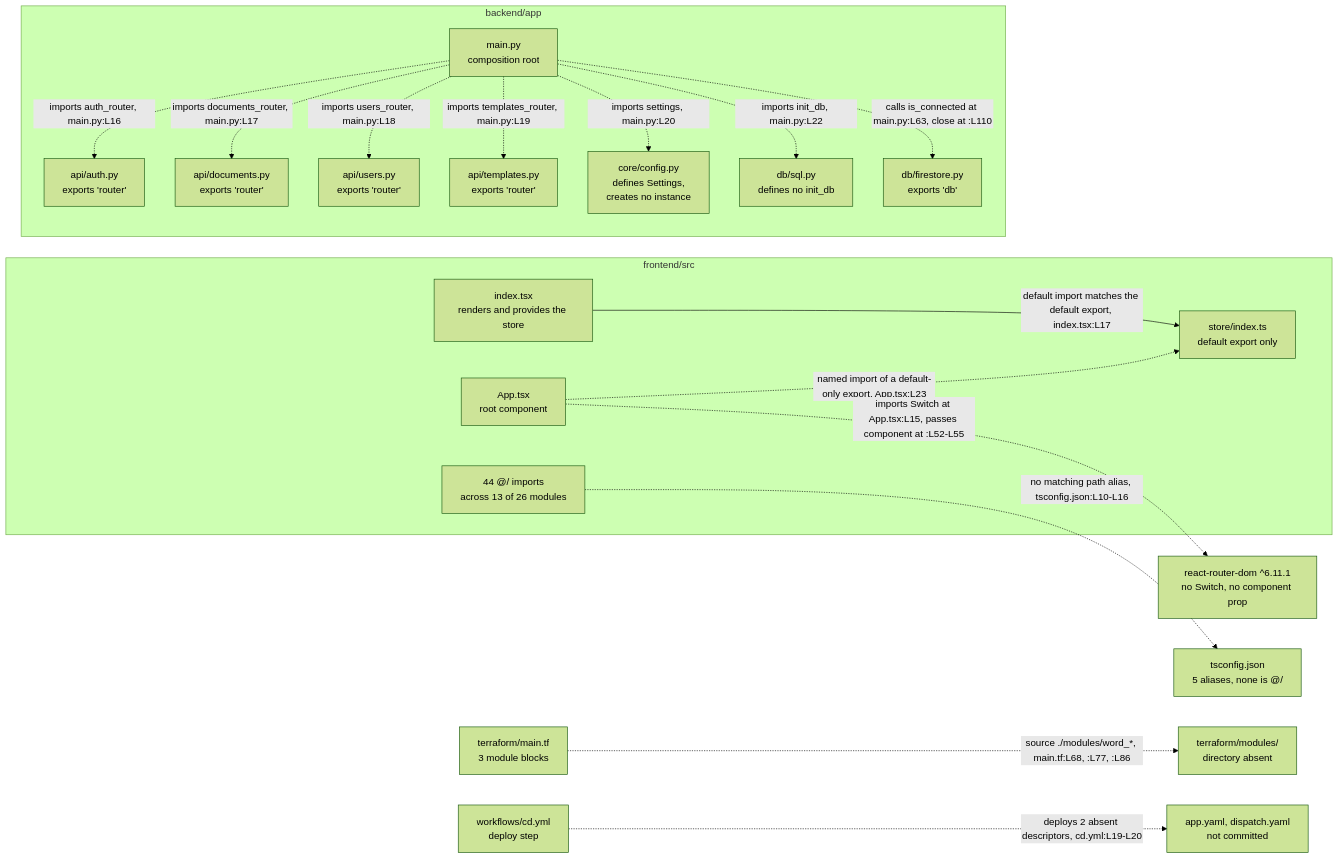
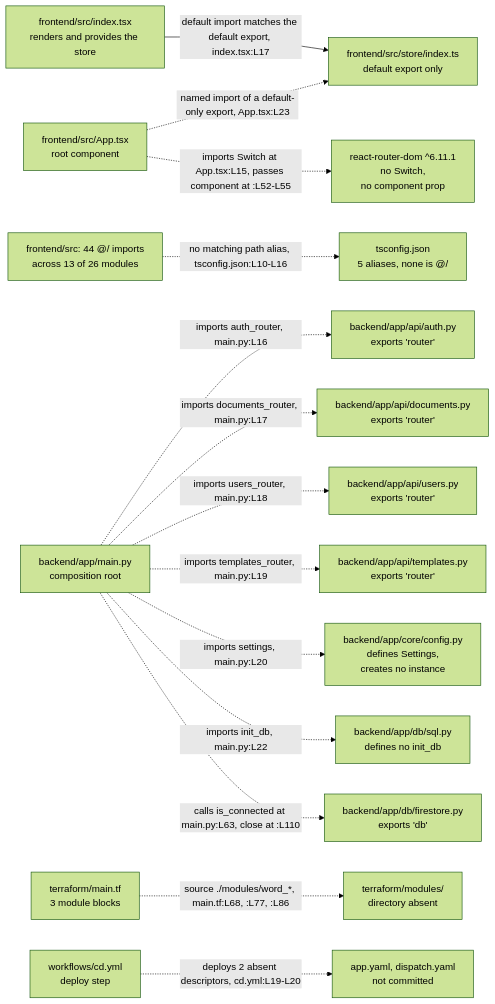
One commit to blitzy-public-samples/microsoft-word-u33ko0 changed the second of 2 diagrams in docs/architecture-overview.md. Above: the diagram before and after it, drawn with Mermaid (forest theme). The commit also changed other lines of this file and 20 other files, not shown here.

First line of the commit message:
﻿docs: resolve QA findings on Mermaid legibility, label integrity and accessibility

````diff
--- a/docs/architecture-overview.md
+++ b/docs/architecture-overview.md
@@ -230,45 +232,45 @@
 ```mermaid
 graph LR
-    subgraph FE2["frontend/src"]
-        INDEX["index.tsx<br/>renders and provides the store"]
-        APP["App.tsx<br/>root component"]
-        STORE2["store/index.ts<br/>default export only"]
-        ALIAS["44 @/ imports<br/>across 13 of 26 modules"]
-    end
+    accTitle: The broken-edge overlay, every unresolvable link dashed and labelled
+    accDescr: The same skeleton redrawn so that each link which cannot resolve is dashed and labelled. Seven dashed edges leave the composition root. One solid edge marks the single import form that matches its target.
+    INDEX["frontend/src/index.tsx<br/>renders and provides the store"]
+    APP["frontend/src/App.tsx<br/>root component"]
+    STORE2["frontend/src/store/index.ts<br/>default export only"]
+    ALIAS["frontend/src: 44 @/ imports<br/>across 13 of 26 modules"]
 
-    subgraph BE2["backend/app"]
-        MAIN2["main.py<br/>composition root"]
-        AUTHR["api/auth.py<br/>exports 'router'"]
-        DOCR["api/documents.py<br/>exports 'router'"]
-        USERR["api/users.py<br/>exports 'router'"]
-        TMPLR["api/templates.py<br/>exports 'router'"]
-        CFG["core/config.py<br/>defines Settings,<br/>creates no instance"]
-        SQLA["db/sql.py<br/>defines no init_db"]
-        FSA["db/firestore.py<br/>exports 'db'"]
-    end
+    MAIN2["backend/app/main.py<br/>composition root"]
+    AUTHR["backend/app/api/auth.py<br/>exports 'router'"]
+    DOCR["backend/app/api/documents.py<br/>exports 'router'"]
+    USERR["backend/app/api/users.py<br/>exports 'router'"]
+    TMPLR["backend/app/api/templates.py<br/>exports 'router'"]
+    CFG["backend/app/core/config.py<br/>defines Settings,<br/>creates no instance"]
+    SQLA["backend/app/db/sql.py<br/>defines no init_db"]
+    FSA["backend/app/db/firestore.py<br/>exports 'db'"]
 
     TSC["tsconfig.json<br/>5 aliases, none is @/"]
-    RRD["react-router-dom ^6.11.1<br/>no Switch, no component prop"]
+    RRD["react-router-dom ^6.11.1<br/>no Switch,<br/>no component prop"]
     TERRA["terraform/main.tf<br/>3 module blocks"]
     TFMOD["terraform/modules/<br/>directory absent"]
     CD["workflows/cd.yml<br/>deploy step"]
     DESC["app.yaml, dispatch.yaml<br/>not committed"]
 
     INDEX -->|"default import matches the default export, index.tsx:L17"| STORE2
 
     MAIN2 -.->|"imports auth_router, main.py:L16"| AUTHR
     MAIN2 -.->|"imports documents_router, main.py:L17"| DOCR
     MAIN2 -.->|"imports users_router, main.py:L18"| USERR
     MAIN2 -.->|"imports templates_router, main.py:L19"| TMPLR
     MAIN2 -.->|"imports settings, main.py:L20"| CFG
     MAIN2 -.->|"imports init_db, main.py:L22"| SQLA
     MAIN2 -.->|"calls is_connected at main.py:L63, close at :L110"| FSA
     APP -.->|"named import of a default-only export, App.tsx:L23"| STORE2
     APP -.->|"imports Switch at App.tsx:L15, passes component at :L52-L55"| RRD
     ALIAS -.->|"no matching path alias, tsconfig.json:L10-L16"| TSC
     TERRA -.->|"source ./modules/word_*, main.tf:L68, :L77, :L86"| TFMOD
     CD -.->|"deploys 2 absent descriptors, cd.yml:L19-L20"| DESC
 
 %% Dashed edges cannot resolve. The solid edge marks the one import form that matches
 %% its target, and contrasts with the dashed edge reaching that same target from App.tsx.
+%% Each node label carries its own directory, so the frontend and backend halves stay legible
+%% without a cluster box around them.
 ```
````
